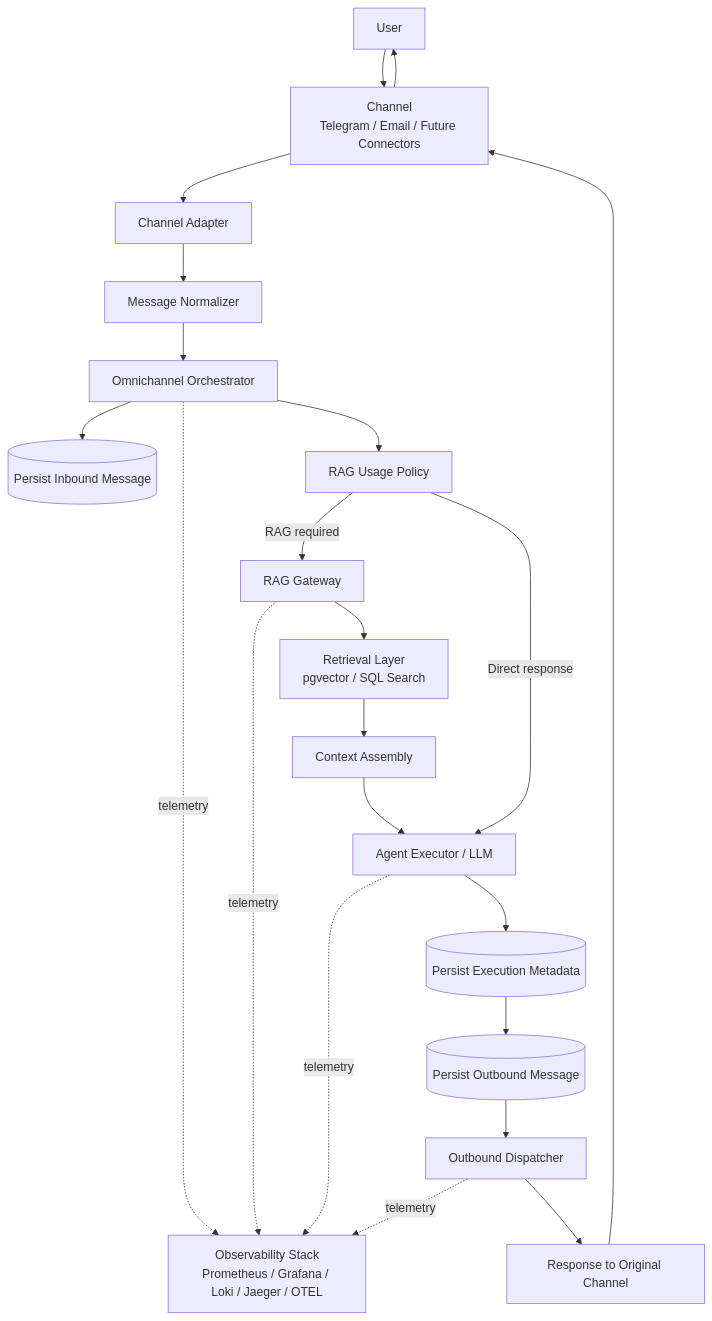
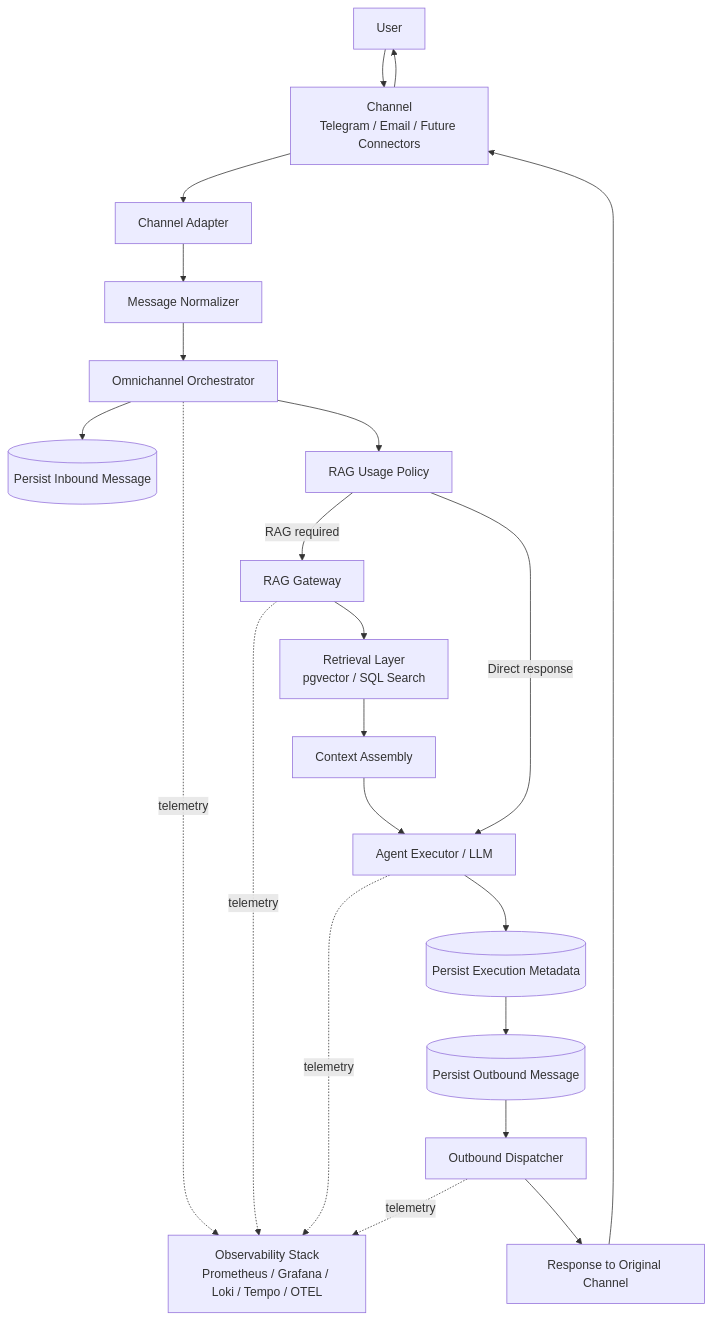
One commit to CiceroDeveloper01/rag-platform changed the diagram in docs/diagrams/omnichannel-rag-flow.md. Above: the diagram before and after it, drawn with Mermaid. The commit also changed other lines of this file and 111 other files, not shown here.

Commit message:
refactor: harden async ingestion, deployment readiness, and architecture docs

````diff
--- a/docs/diagrams/omnichannel-rag-flow.md
+++ b/docs/diagrams/omnichannel-rag-flow.md
@@ -7,53 +7,53 @@
 ```mermaid
 flowchart TD
 
     U[User]
     CH[Channel<br/>Telegram / Email / Future Connectors]
     AD[Channel Adapter]
     NM[Message Normalizer]
     ORCH[Omnichannel Orchestrator]
 
     P1[(Persist Inbound Message)]
     POL[RAG Usage Policy]
 
     RG[RAG Gateway]
     RET[Retrieval Layer<br/>pgvector / SQL Search]
     CTX[Context Assembly]
 
     AG[Agent Executor / LLM]
 
     P2[(Persist Execution Metadata)]
     P3[(Persist Outbound Message)]
 
     DISP[Outbound Dispatcher]
     RESP[Response to Original Channel]
 
-    OBS[Observability Stack<br/>Prometheus / Grafana / Loki / Jaeger / OTEL]
+    OBS[Observability Stack<br/>Prometheus / Grafana / Loki / Tempo / OTEL]
 
     U --> CH
     CH --> AD
     AD --> NM
     NM --> ORCH
 
     ORCH --> P1
     ORCH --> POL
 
     POL -->|RAG required| RG
     RG --> RET
     RET --> CTX
     CTX --> AG
 
     POL -->|Direct response| AG
 
     AG --> P2
     P2 --> P3
     P3 --> DISP
     DISP --> RESP
     RESP --> CH
     CH --> U
 
     ORCH -. telemetry .-> OBS
     RG -. telemetry .-> OBS
     AG -. telemetry .-> OBS
     DISP -. telemetry .-> OBS
 ```
````
